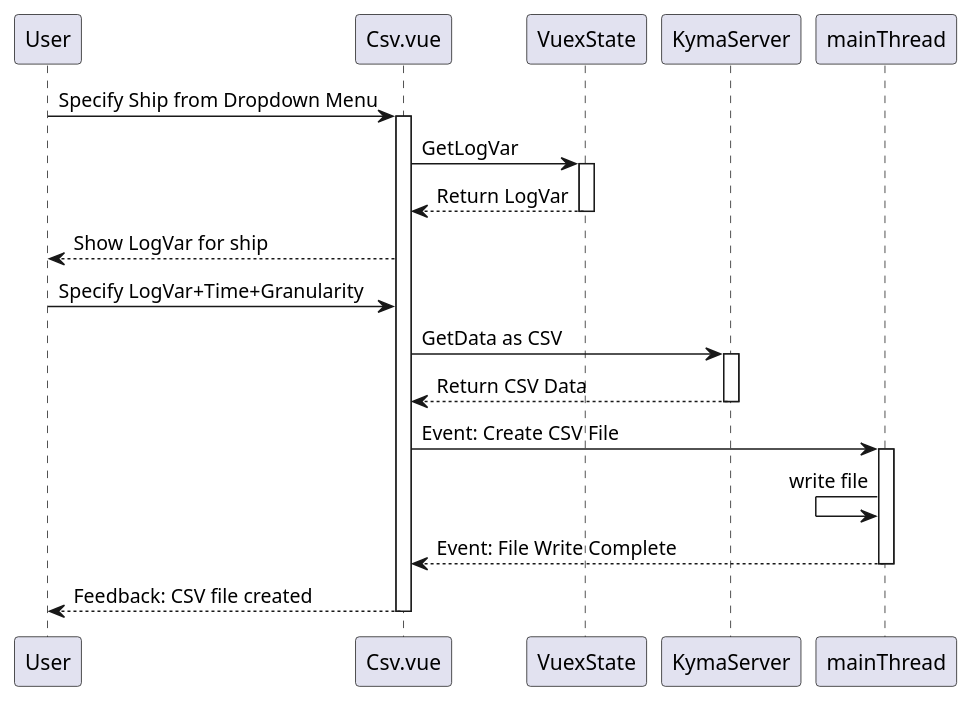
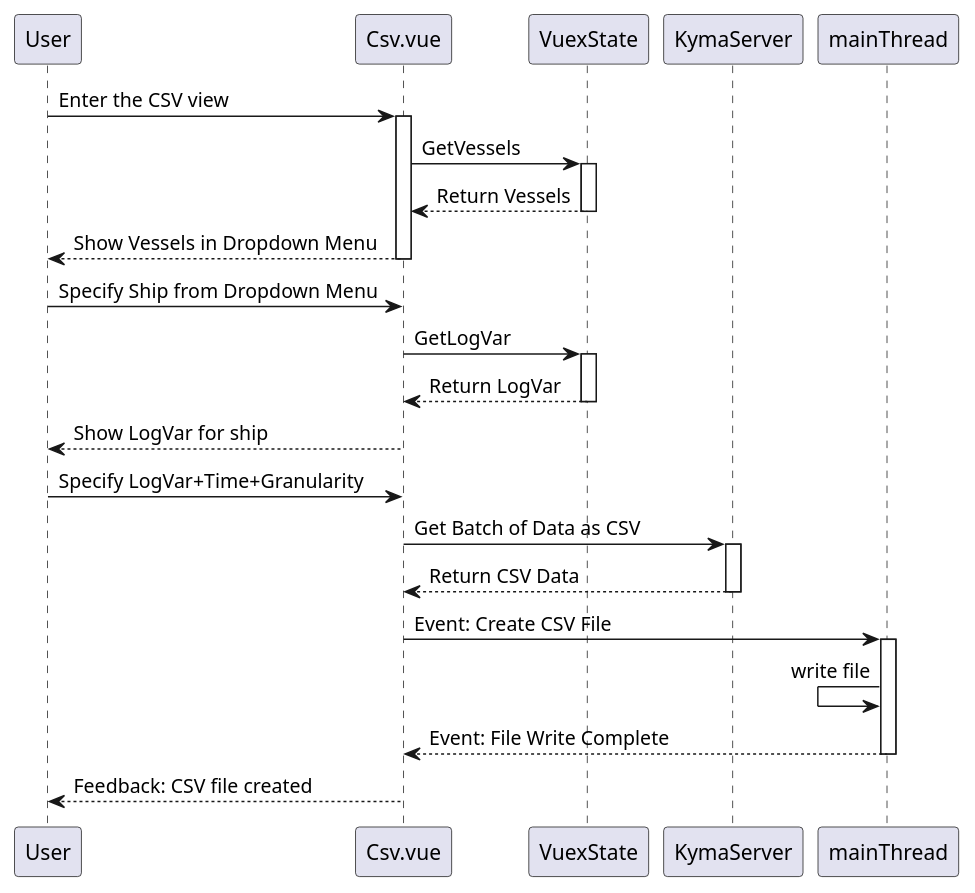
One commit to kyma-as/api-dashboard changed the diagram in Models/csv.puml. Above: the diagram before and after it, drawn with PlantUML. The commit also changed 1 other file, not shown here.

Commit message:
Made changes to csv and login sequence diagrams

```diff
--- a/Models/csv.puml
+++ b/Models/csv.puml
@@ -1,26 +1,31 @@
 @startuml
-User->Csv.vue:Specify Ship from Dropdown Menu
+User->Csv.vue:Enter the CSV view
 activate Csv.vue
 
+Csv.vue->VuexState:GetVessels
+activate VuexState
+return Return Vessels
+return Show Vessels in Dropdown Menu
+
+User->Csv.vue:Specify Ship from Dropdown Menu
 Csv.vue->VuexState:GetLogVar
 activate VuexState
-Csv.vue<--VuexState:Return LogVar
-deactivate VuexState
+return Return LogVar
 
 User<--Csv.vue:Show LogVar for ship
 User->Csv.vue:Specify LogVar+Time+Granularity
 
-Csv.vue->KymaServer:GetData as CSV
+Csv.vue->KymaServer:Get Batch of Data as CSV
 activate KymaServer
 Csv.vue<--KymaServer:Return CSV Data
 deactivate KymaServer
 
 Csv.vue->mainThread:Event: Create CSV File
 activate mainThread
 mainThread<-mainThread:write file
 return Event: File Write Complete
 
 User<--Csv.vue:Feedback: CSV file created
 
 deactivate Csv.vue
 @enduml
```
